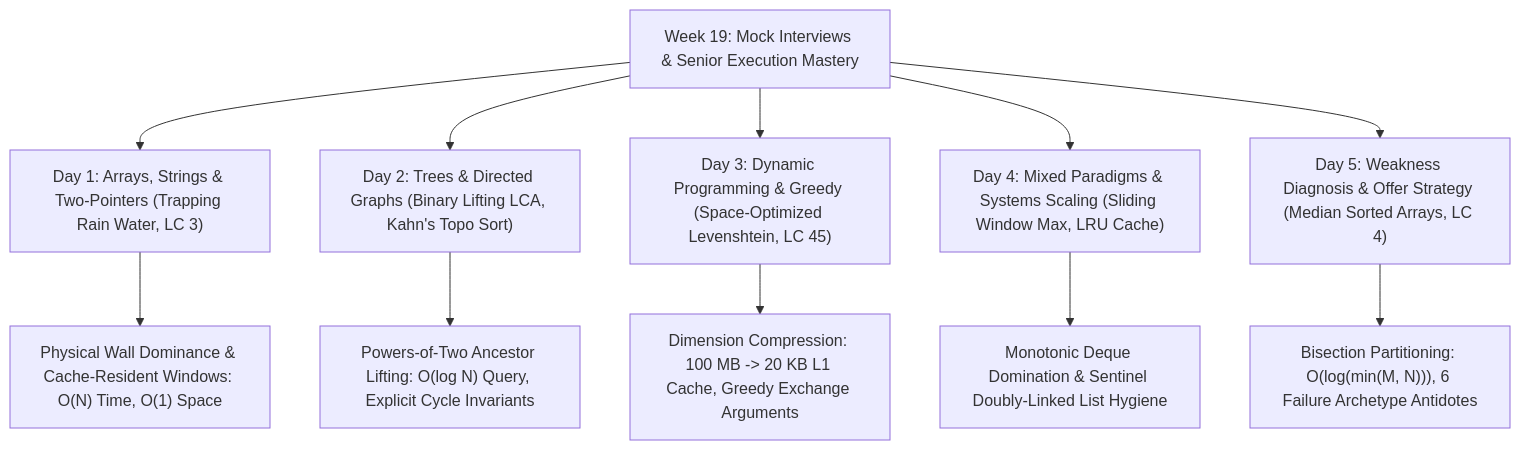
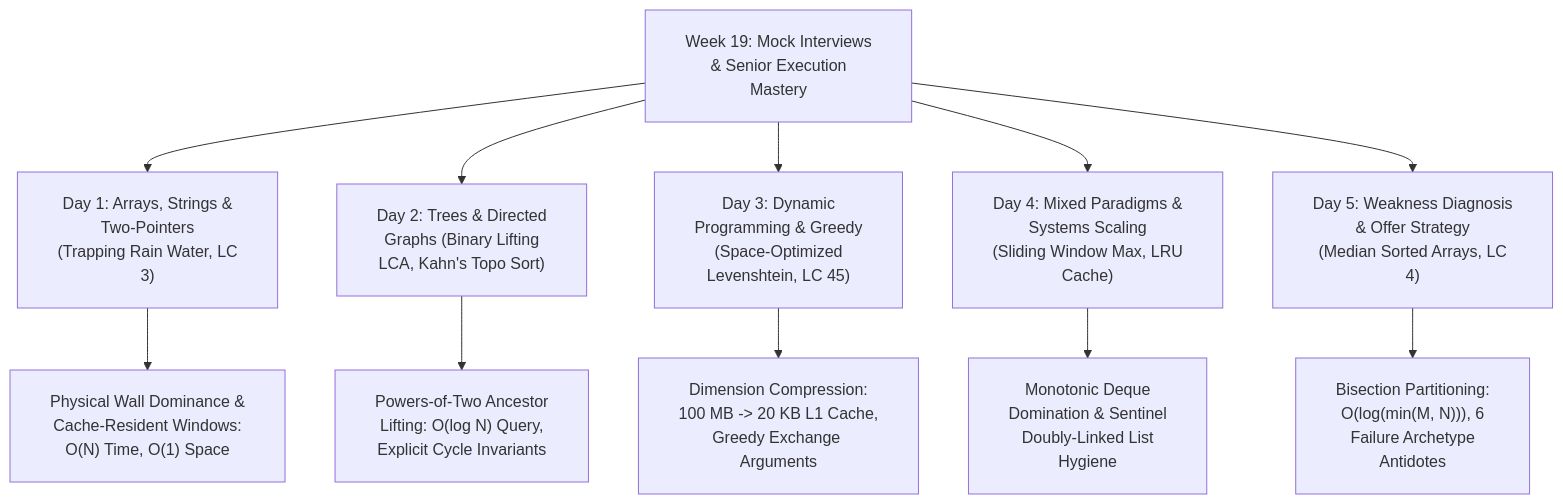
Before and after one commit to dip4k/DSA_102: the diagram in week_19_mock_interviews_mastery/WEEK_19_FULL_PLAYBOOK.md, drawn with Mermaid. The commit also changed 108 other files, not shown here.

First line of the commit message:
fix(mermaid): resolve diagram clipping, padding, and syntax issues across repo

````diff
--- a/week_19_mock_interviews_mastery/WEEK_19_FULL_PLAYBOOK.md
+++ b/week_19_mock_interviews_mastery/WEEK_19_FULL_PLAYBOOK.md
@@ -11,14 +11,15 @@
 ```mermaid
+%%{init: {"flowchart": {"htmlLabels": true, "padding": 20}}}%%
 flowchart TD
-    W["Week 19: Mock Interviews & Senior Execution Mastery"] --> D1["Day 1: Arrays, Strings & Two-Pointers (Trapping Rain Water, LC 3)"]
-    W --> D2["Day 2: Trees & Directed Graphs (Binary Lifting LCA, Kahn's Topo Sort)"]
-    W --> D3["Day 3: Dynamic Programming & Greedy (Space-Optimized Levenshtein, LC 45)"]
-    W --> D4["Day 4: Mixed Paradigms & Systems Scaling (Sliding Window Max, LRU Cache)"]
-    W --> D5["Day 5: Weakness Diagnosis & Offer Strategy (Median Sorted Arrays, LC 4)"]
+    W["Week 19: Mock Interviews<br/>& Senior Execution<br/>Mastery"] --> D1["Day 1: Arrays, Strings &<br/>Two-Pointers<br/>(Trapping Rain Water, LC<br/>3)"]
+    W --> D2["Day 2: Trees & Directed<br/>Graphs (Binary Lifting<br/>LCA, Kahn's Topo Sort)"]
+    W --> D3["Day 3: Dynamic<br/>Programming & Greedy<br/>(Space-Optimized<br/>Levenshtein, LC 45)"]
+    W --> D4["Day 4: Mixed Paradigms &<br/>Systems Scaling<br/>(Sliding Window Max, LRU<br/>Cache)"]
+    W --> D5["Day 5: Weakness Diagnosis<br/>& Offer Strategy<br/>(Median Sorted Arrays, LC<br/>4)"]
 
-    D1 --> P1["Physical Wall Dominance & Cache-Resident Windows: O(N) Time, O(1) Space"]
-    D2 --> P2["Powers-of-Two Ancestor Lifting: O(log N) Query, Explicit Cycle Invariants"]
-    D3 --> P3["Dimension Compression: 100 MB -> 20 KB L1 Cache, Greedy Exchange Arguments"]
-    D4 --> P4["Monotonic Deque Domination & Sentinel Doubly-Linked List Hygiene"]
-    D5 --> P5["Bisection Partitioning: O(log(min(M, N))), 6 Failure Archetype Antidotes"]
+    D1 --> P1["Physical Wall Dominance &<br/>Cache-Resident Windows:<br/>O(N) Time, O(1) Space"]
+    D2 --> P2["Powers-of-Two Ancestor<br/>Lifting: O(log N) Query,<br/>Explicit Cycle Invariants"]
+    D3 --> P3["Dimension Compression:<br/>100 MB -> 20 KB L1 Cache,<br/>Greedy Exchange Arguments"]
+    D4 --> P4["Monotonic Deque<br/>Domination & Sentinel<br/>Doubly-Linked List<br/>Hygiene"]
+    D5 --> P5["Bisection Partitioning:<br/>O(log(min(M, N))), 6<br/>Failure Archetype<br/>Antidotes"]
 ```
````
